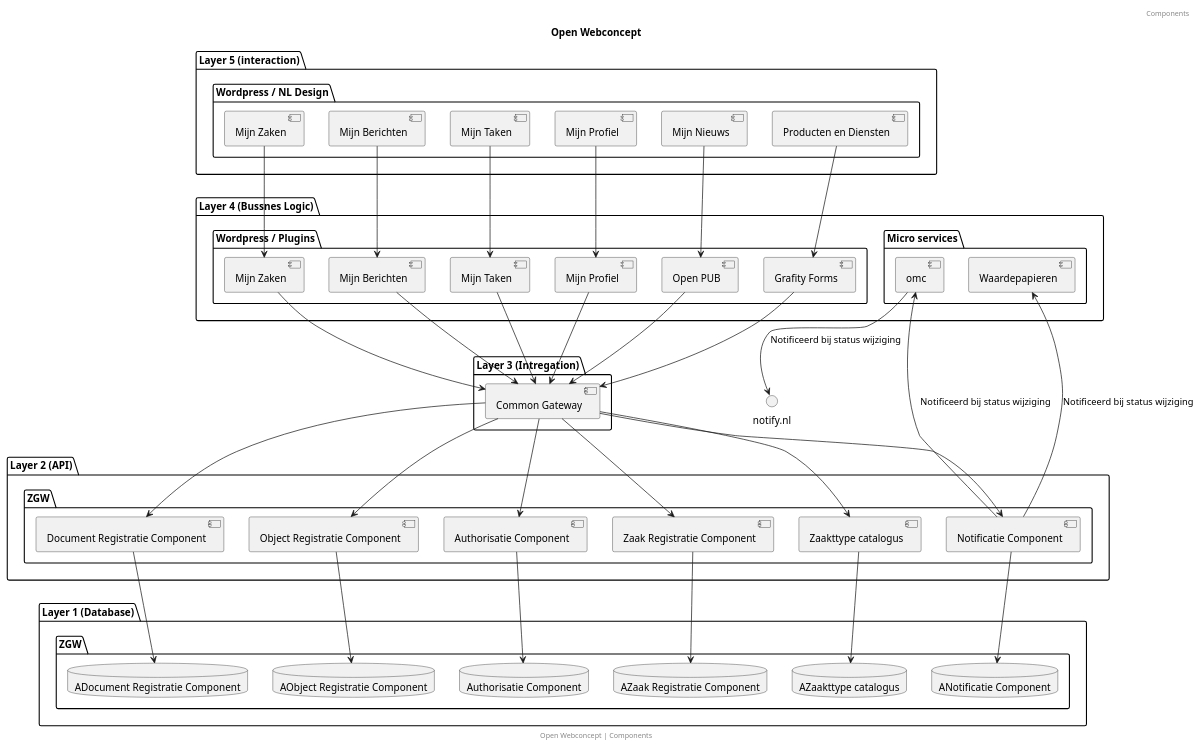
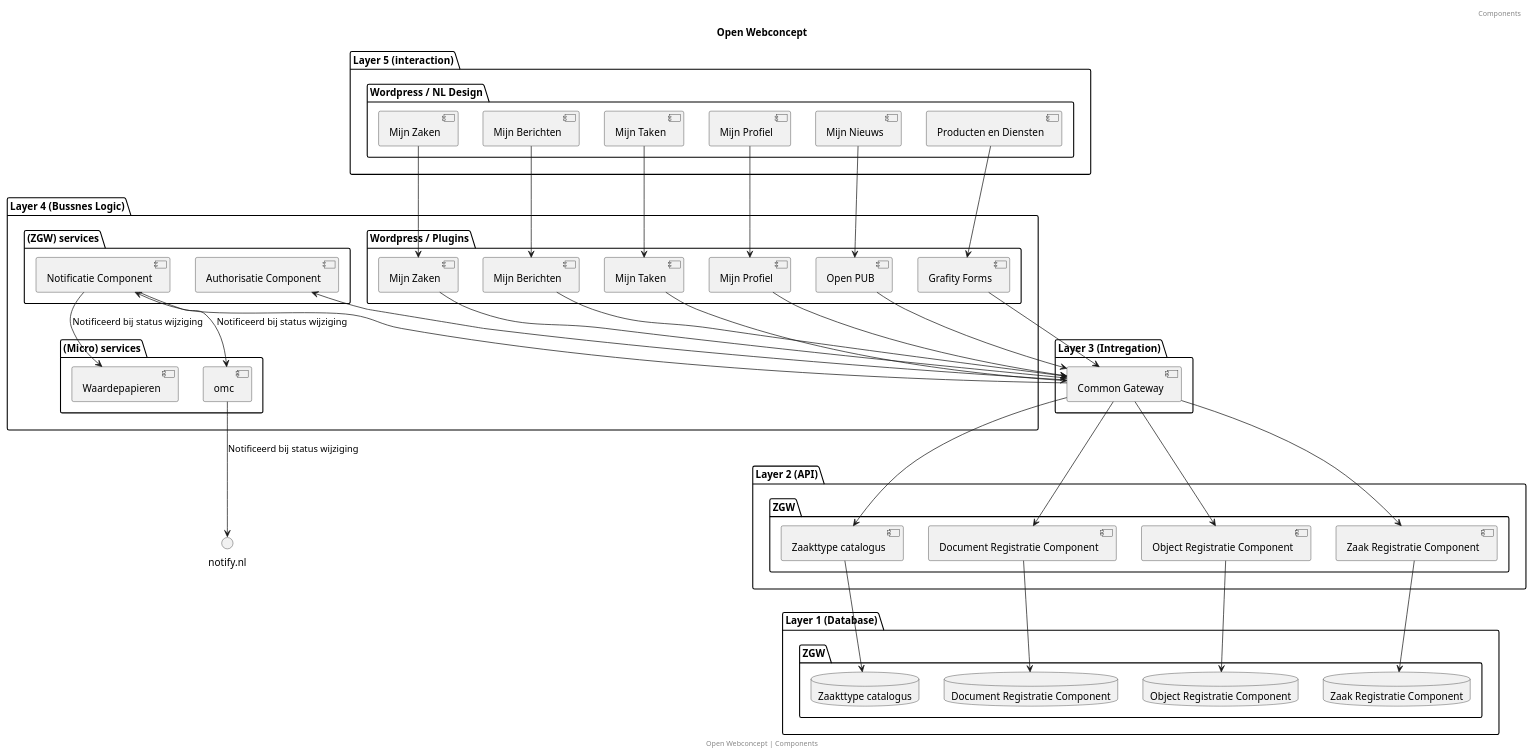
One commit to OpenWebconcept/.github changed the diagram in docs/architectuur.puml. Above: the diagram before and after it, drawn with PlantUML. The commit also changed 1 other file, not shown here.

Commit message:
Eerste opzet architectuur

```diff
--- a/docs/architectuur.puml
+++ b/docs/architectuur.puml
@@ -1,89 +1,87 @@
 @startuml
 title: Open Webconcept
 footer: Open Webconcept | Components
 header: Components
 
 
 package "Layer 5 (interaction)" {
 package "Wordpress / NL Design" {
  [Mijn Zaken]  as mijnZakenUI
  [Mijn Berichten]  as mijnBerichtenUI
  [Mijn Taken]  as mijnTakenUI
  [Mijn Profiel]  as mijnProfielUI
  [Mijn Nieuws]  as mijnNieuwsUI
  [Producten en Diensten]  as mijnDienstenUI
 }
 }
 
 package "Layer 4 (Bussnes Logic)" {
 package "Wordpress / Plugins" {
  [Mijn Zaken]  as mijnZakenPlugin
  [Mijn Berichten]  as mijnBerichtenPlugin
  [Mijn Taken]  as mijnTakenPlugin
  [Mijn Profiel]  as mijnZProfielPlugin
  [Open PUB]  as mijnNieuwslugin
  [Grafity Forms]  as GrafityFormsPlugin
 }
-package "Micro services" {
+package "(Micro) services" {
  [Waardepapieren]  as WaardepapierenService
  [omc]  as omc
+}
+package "(ZGW) services" {
+ [Notificatie Component]  as nc
+ [Authorisatie Component]  as ac
 }
 }
 
 package "Layer 3 (Intregation)" {
  [Common Gateway]  as gateway
 }
 
 package "Layer 2 (API)" {
 package "ZGW" {
  [Zaak Registratie Component]  as zrc
  [Zaakttype catalogus]  as ztc
  [Document Registratie Component]  as drc
  [Object Registratie Component]  as orc
- [Notificatie Component]  as nc
- [Authorisatie Component]  as ac
 }
 }
 
 package "Layer 1 (Database)" {
 package "ZGW" as zgwdb {
- database "AZaak Registratie Component"  as zrcDB
- database "AZaakttype catalogus"  as ztcDB
- database "ADocument Registratie Component"  as drcDB
- database "AObject Registratie Component"  as orcDB
- database "ANotificatie Component"  as ncDB
- database "Authorisatie Component"  as acDB
+ database "Zaak Registratie Component"  as zrcDB
+ database "Zaakttype catalogus"  as ztcDB
+ database "Document Registratie Component"  as drcDB
+ database "Object Registratie Component"  as orcDB
 }
 }
 
 mijnZakenUI --> mijnZakenPlugin
 mijnBerichtenUI--> mijnBerichtenPlugin
 mijnTakenUI --> mijnTakenPlugin
 mijnProfielUI --> mijnZProfielPlugin
 mijnNieuwsUI --> mijnNieuwslugin
 mijnDienstenUI --> GrafityFormsPlugin
 
 mijnZakenPlugin --> gateway
 mijnBerichtenPlugin --> gateway
 mijnTakenPlugin --> gateway
 mijnZProfielPlugin --> gateway
 mijnNieuwslugin --> gateway
 GrafityFormsPlugin --> gateway
 
 gateway --> ztc
 gateway --> zrc
 gateway --> drc
 gateway --> orc
 gateway --> nc
 gateway --> ac
 nc --> WaardepapierenService: Notificeerd bij status wijziging
 nc --> omc: Notificeerd bij status wijziging
 omc --> notify.nl: Notificeerd bij status wijziging
 
 ztc --> ztcDB
 zrc --> zrcDB
 drc --> drcDB
 orc --> orcDB
-nc --> ncDB
-ac --> acDB
 @enduml
```
